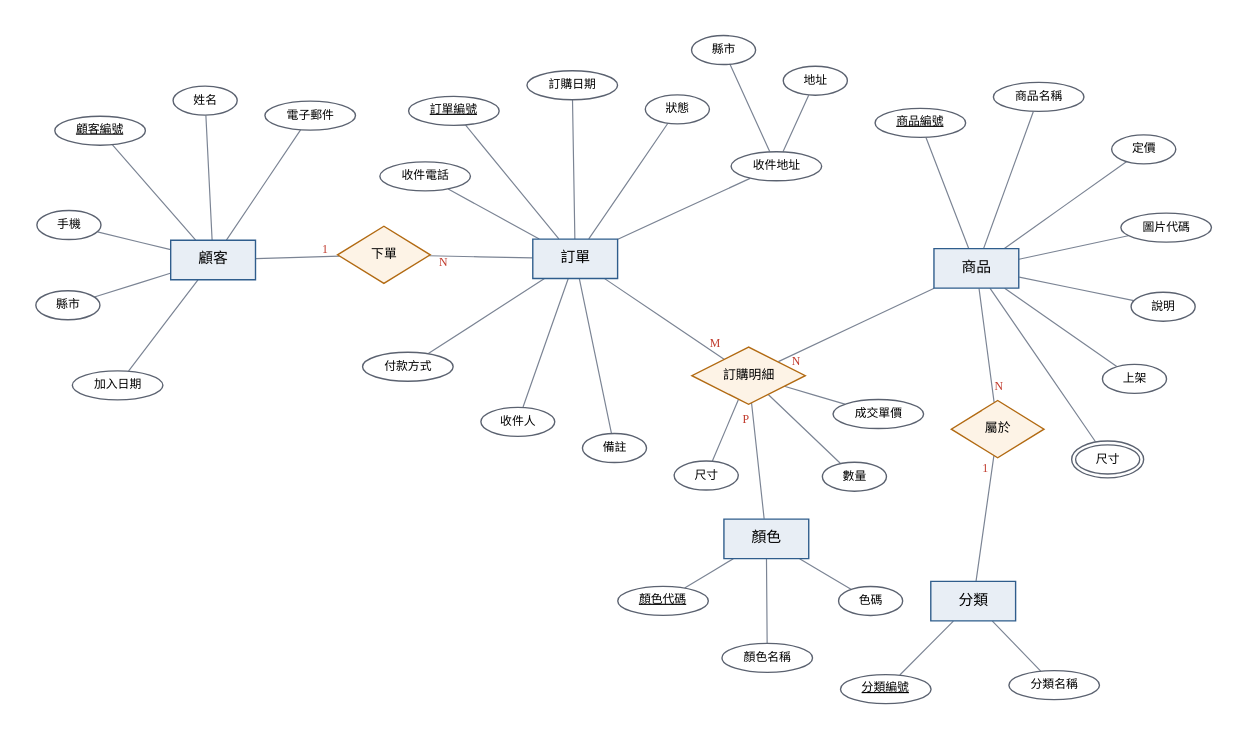
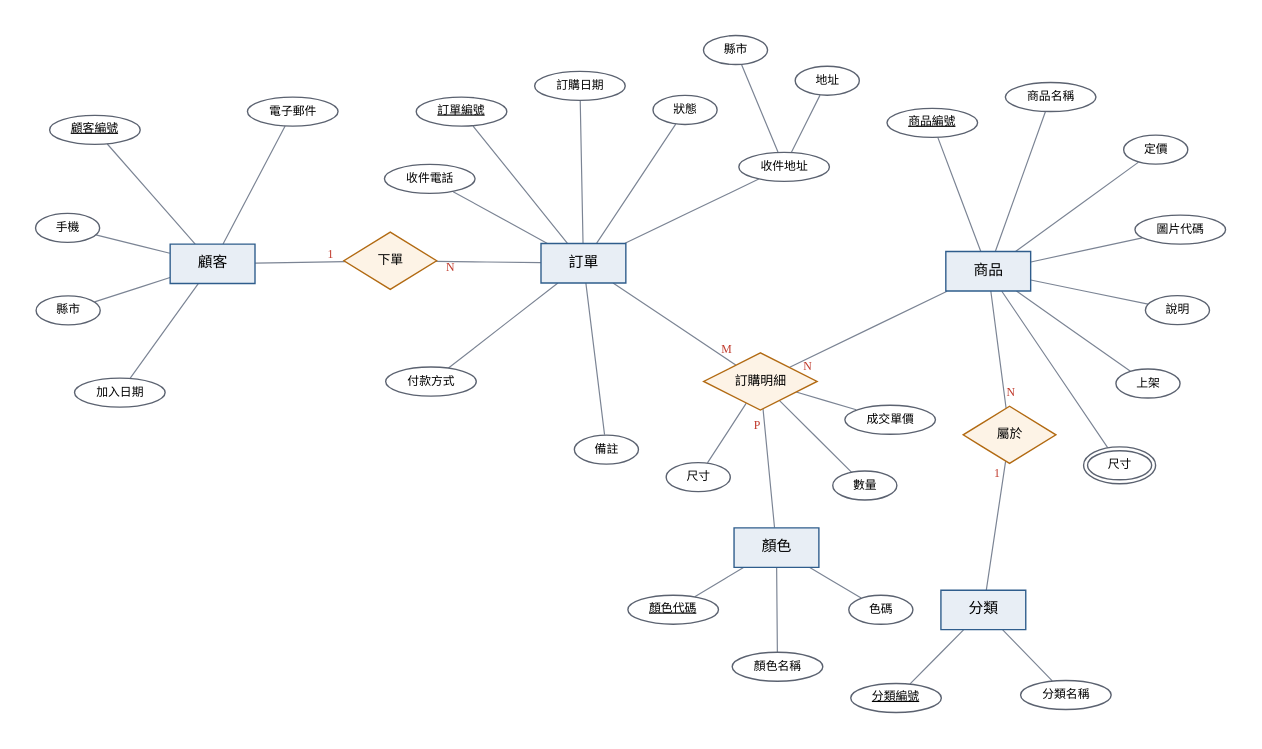
One commit to victoryoyoyoo/Custom-Sportswear-Store changed the diagram in web/database/diagrams/er_model.dot. Above: the diagram before and after it, drawn with Graphviz. The commit also changed 25 other files, not shown here.

```diff
--- a/web/database/diagrams/er_model.dot
+++ b/web/database/diagrams/er_model.dot
@@ -1,47 +1,47 @@
 graph ER {
   layout=neato; overlap=false; splines=false; sep="+14"; outputorder=edgesfirst;
   graph [fontname="Microsoft JhengHei", bgcolor="white", pad="0.4"];
   node [fontname="Microsoft JhengHei", fontsize=13, color="#2F5D8C", penwidth=1.4];
   edge [color="#7B8494", penwidth=1.2, fontname="Microsoft JhengHei", fontsize=12, fontcolor="#C0392B"];
 
   node [shape=box, style="filled", fillcolor="#E8EEF5", fontsize=15, width=1.2, height=0.55];
   Customer [label="顧客", pos="0,4!"];
   Order [label="訂單", pos="5,4!"];
   Product [label="商品", pos="10,4!"];
   Category [label="分類", pos="10,-0.6!"];
   Color [label="顏色", pos="7.5,0.2!"];
 
   node [shape=diamond, style="filled", fillcolor="#FDF3E6", color="#B26A12", fontsize=13, width=1.3, height=0.8];
   Places [label="下單", pos="2.5,4!"];
   Contains [label="訂購明細", pos="7.5,2.4!", width=1.6];
   BelongsTo [label="屬於", pos="10,1.8!"];
 
   node [shape=ellipse, style="", color="#5B6270", fontsize=12, width=0.9, height=0.4];
-  c_id [label=<<U>顧客編號</U>>, pos="-1.6,5.8!"]; c_name [label="姓名", pos="-0.2,6.2!"]; c_mail [label="電子郵件", pos="1.2,6!"];
+  c_id [label=<<U>顧客編號</U>>, pos="-1.6,5.8!"]; c_mail [label="電子郵件", pos="1.2,6!"];
   c_phone [label="手機", pos="-2,4.5!"]; c_city [label="縣市", pos="-2,3.4!"]; c_join [label="加入日期", pos="-1.3,2.3!"];
   o_id [label=<<U>訂單編號</U>>, pos="3.6,6!"]; o_date [label="訂購日期", pos="5,6.3!"]; o_status [label="狀態", pos="6.3,6!"];
-  o_pay [label="付款方式", pos="3,2.4!"]; o_rec [label="收件人", pos="4.2,1.8!"]; o_note [label="備註", pos="5.3,1.5!"];
+  o_pay [label="付款方式", pos="3,2.4!"]; o_note [label="備註", pos="5.3,1.5!"];
   o_addr [label="收件地址", pos="7,5.6!"]; o_addr_city [label="縣市", pos="7.2,6.8!"]; o_addr_line [label="地址", pos="8.4,6.4!"]; o_phone [label="收件電話", pos="3.1,5.1!"];
   p_id [label=<<U>商品編號</U>>, pos="9.4,6!"]; p_name [label="商品名稱", pos="10.8,6.3!"]; p_price [label="定價", pos="12,5.7!"];
   p_img [label="圖片代碼", pos="12.4,4.6!"]; p_desc [label="說明", pos="12.4,3.5!"]; p_active [label="上架", pos="12,2.5!"];
   p_size [label="尺寸", peripheries=2, pos="11.6,1.4!"];
   ci_qty [label="數量", pos="8.5,0.9!"]; ci_price [label="成交單價", pos="9.2,1.9!"]; ci_size [label="尺寸", pos="6.3,1.2!"];
   col_key [label=<<U>顏色代碼</U>>, pos="6.2,-0.6!"]; col_name [label="顏色名稱", pos="7.5,-1.3!"]; col_hex [label="色碼", pos="8.8,-0.6!"];
   cat_id [label=<<U>分類編號</U>>, pos="9,-1.7!"]; cat_name [label="分類名稱", pos="11.1,-1.7!"];
 
   Customer -- Places [headlabel="1", labeldistance=1.6];
   Places -- Order [taillabel="N", labeldistance=1.6];
   Order -- Contains [headlabel="M", labeldistance=1.8];
   Contains -- Product [taillabel="N", labeldistance=1.8];
   Contains -- Color [taillabel="P", labeldistance=1.8];
   Product -- BelongsTo [headlabel="N", labeldistance=1.6];
   BelongsTo -- Category [taillabel="1", labeldistance=1.6];
 
-  Customer -- {c_id c_name c_mail c_phone c_city c_join};
-  Order -- {o_id o_date o_status o_pay o_rec o_note o_addr o_phone};
+  Customer -- {c_id c_mail c_phone c_city c_join};
+  Order -- {o_id o_date o_status o_pay o_note o_addr o_phone};
   o_addr -- {o_addr_city o_addr_line};
   Product -- {p_id p_name p_price p_img p_desc p_active p_size};
   Contains -- {ci_qty ci_price ci_size};
   Color -- {col_key col_name col_hex};
   Category -- {cat_id cat_name};
 }
```
